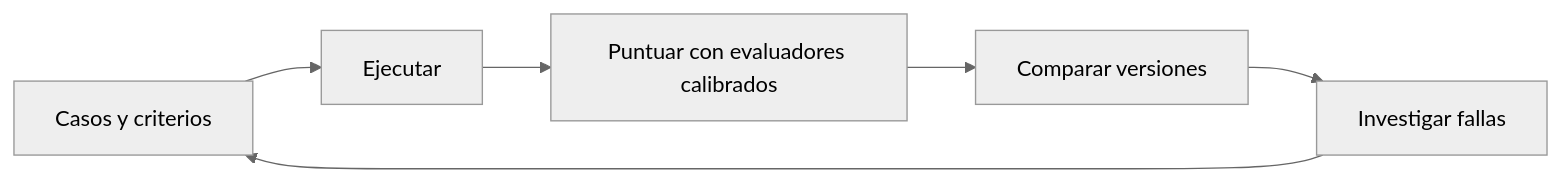
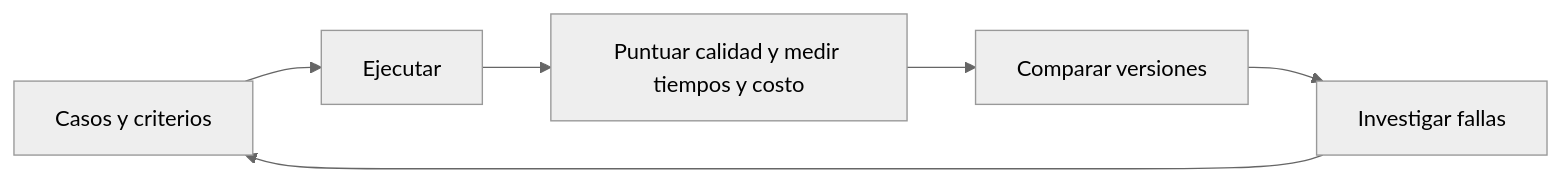
The diagram in evals/Evals.md (BenjaSchindler/AI-Engineering), drawn with Mermaid (neutral theme) before and after one commit. The commit also changed other lines of this file and 149 other files, not shown here.

````diff
--- a/evals/Evals.md
+++ b/evals/Evals.md
@@ -12,8 +12,8 @@
 ```mermaid
 flowchart LR
   d[Casos y criterios] --> e[Ejecutar]
-  e --> g[Puntuar con evaluadores calibrados]
+  e --> g[Puntuar calidad y medir tiempos y costo]
   g --> c[Comparar versiones]
   c --> f[Investigar fallas]
   f --> d
 ```
````
